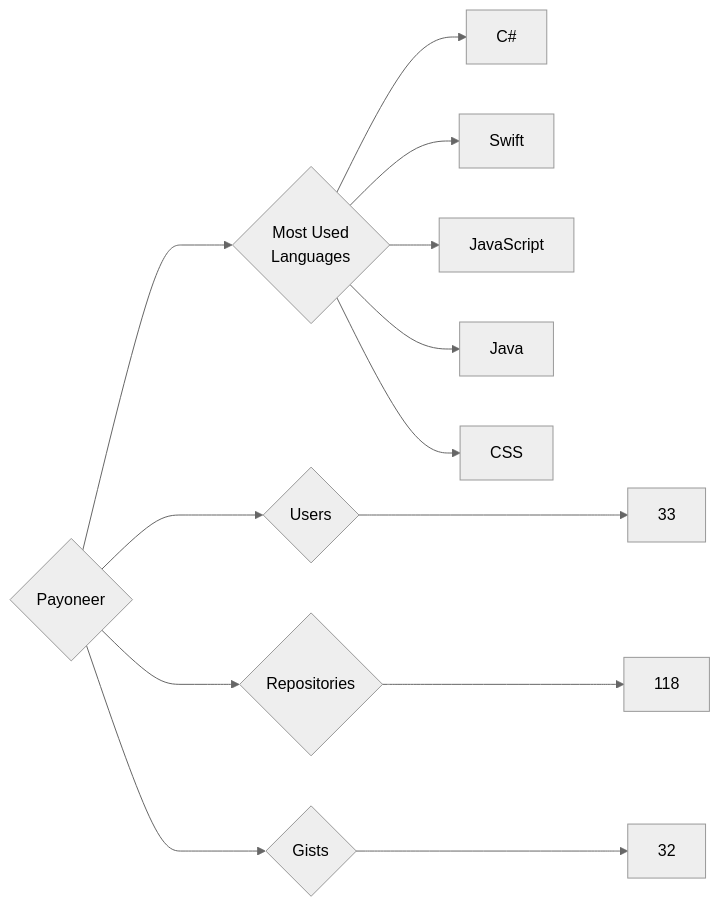
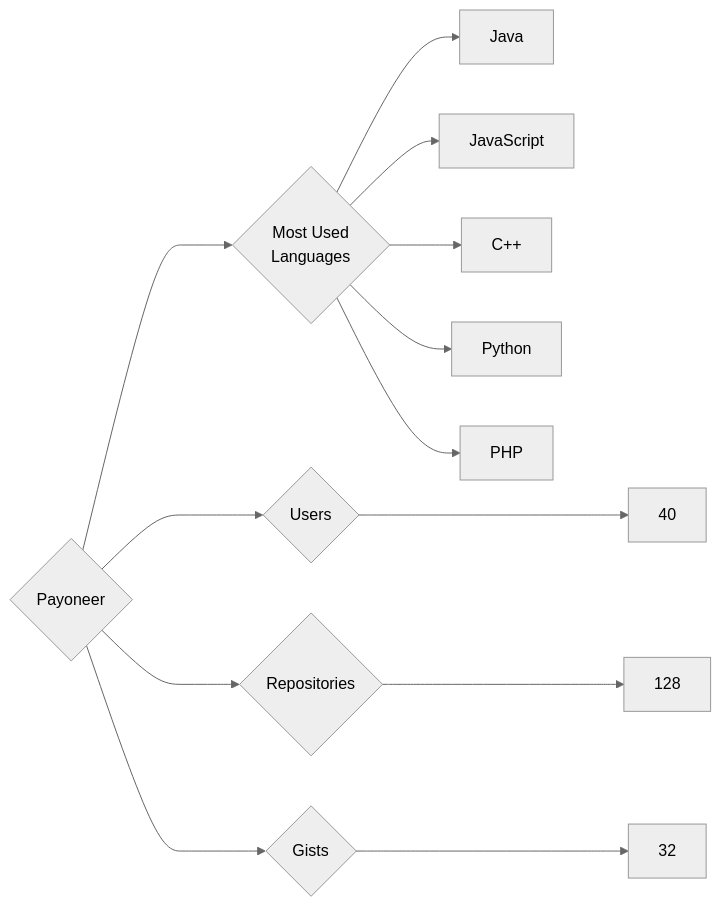
Before and after one commit to trickest/insiders: the diagram in targets/Payoneer/README.md, drawn with Mermaid (neutral theme). The commit also changed 799 other files, not shown here.

````diff
--- a/targets/Payoneer/README.md
+++ b/targets/Payoneer/README.md
@@ -3,13 +3,13 @@
 ```mermaid
 graph LR
 COMPANY_NAME{Payoneer}
-COMPANY_NAME ---> U{Users} ---> UN[33]
-COMPANY_NAME ---> R{Repositories} ---> RN[118]
+COMPANY_NAME ---> U{Users} ---> UN[40]
+COMPANY_NAME ---> R{Repositories} ---> RN[128]
 COMPANY_NAME ---> G{Gists} ---> GN[32]
 COMPANY_NAME ---> ML{Most Used<br>Languages}
-ML --> C#[C#]
-ML --> Swift[Swift]
+ML --> Java[Java]
 ML --> JavaScript[JavaScript]
-ML --> Java[Java]
-ML --> CSS[CSS]
+ML --> C++[C++]
+ML --> Python[Python]
+ML --> PHP[PHP]
 ```
````
